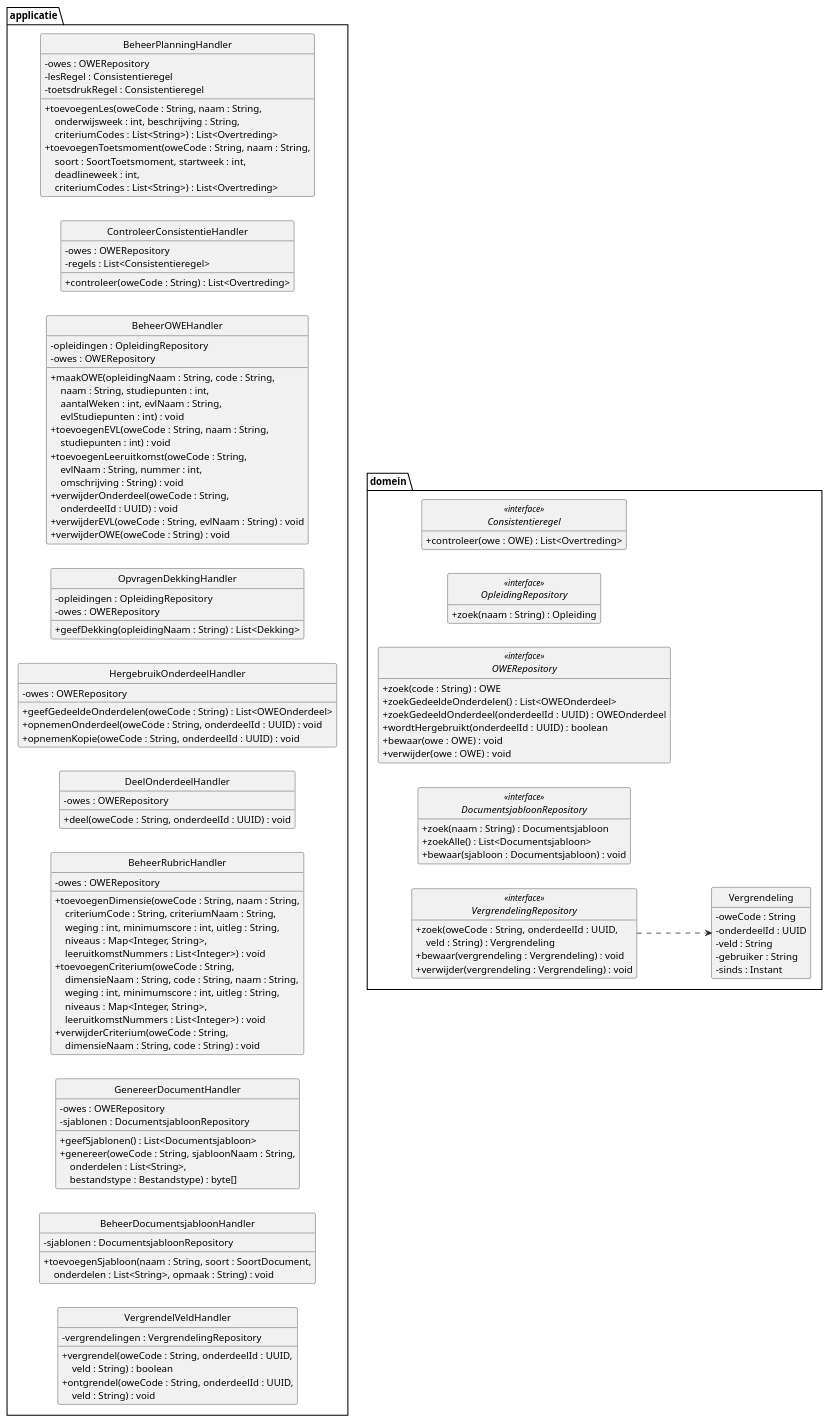
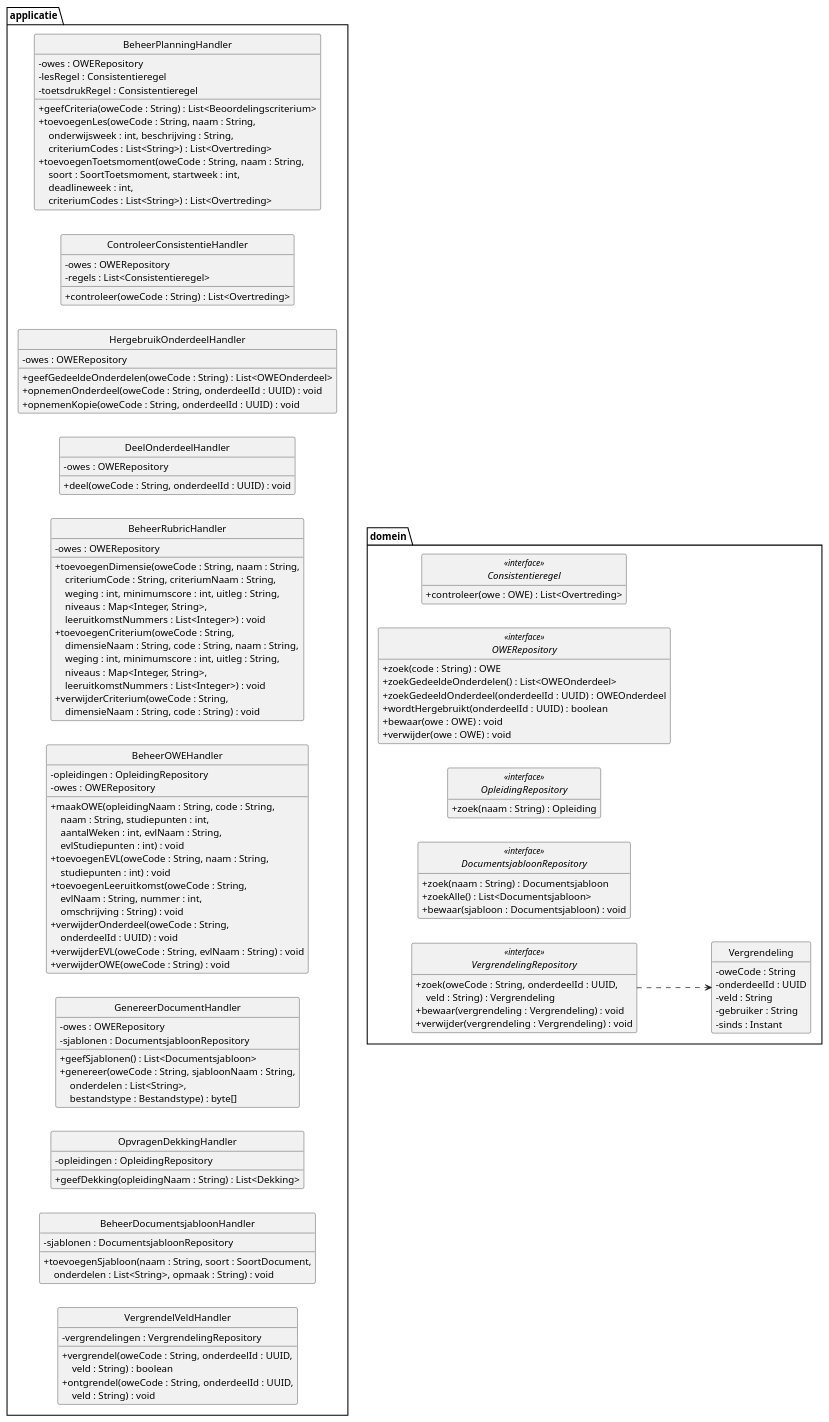
Before and after one commit to HAN-Craftsmanship-KL-JJG/casus: the diagram in docs/diagrams/klassendiagram-handlers.puml, drawn with PlantUML. The commit also changed 5 other files, not shown here.

First line of the commit message:
docs: fix gaps between sequence diagrams and use cases

```diff
--- a/docs/diagrams/klassendiagram-handlers.puml
+++ b/docs/diagrams/klassendiagram-handlers.puml
@@ -1,152 +1,151 @@
 @startuml klassendiagram-handlers
 ' Design class diagram van ICDE: use case controllers en repositories.
 ' Toelichting: docs/klassendiagram.md
 ' De domeinklassen staan volledig in klassendiagram-domein.puml.
 ' Verwijzingen naar repositories en regels staan als attribuut, niet als lijn (Larman 7.4).
 skinparam style strictuml
 skinparam shadowing false
 skinparam defaultFontName Helvetica
 skinparam classAttributeIconSize 0
 hide empty members
 left to right direction
 
 package applicatie {
   class BeheerOWEHandler {
     - opleidingen : OpleidingRepository
     - owes : OWERepository
     + maakOWE(opleidingNaam : String, code : String,\n    \
 naam : String, studiepunten : int,\n    \
 aantalWeken : int, evlNaam : String,\n    \
 evlStudiepunten : int) : void
     + toevoegenEVL(oweCode : String, naam : String,\n    \
 studiepunten : int) : void
     + toevoegenLeeruitkomst(oweCode : String,\n    \
 evlNaam : String, nummer : int,\n    \
 omschrijving : String) : void
     + verwijderOnderdeel(oweCode : String,\n    \
 onderdeelId : UUID) : void
     + verwijderEVL(oweCode : String, evlNaam : String) : void
     + verwijderOWE(oweCode : String) : void
   }
   class BeheerRubricHandler {
     - owes : OWERepository
     + toevoegenDimensie(oweCode : String, naam : String,\n    \
 criteriumCode : String, criteriumNaam : String,\n    \
 weging : int, minimumscore : int, uitleg : String,\n    \
 niveaus : Map<Integer, String>,\n    \
 leeruitkomstNummers : List<Integer>) : void
     + toevoegenCriterium(oweCode : String,\n    \
 dimensieNaam : String, code : String, naam : String,\n    \
 weging : int, minimumscore : int, uitleg : String,\n    \
 niveaus : Map<Integer, String>,\n    \
 leeruitkomstNummers : List<Integer>) : void
     + verwijderCriterium(oweCode : String,\n    \
 dimensieNaam : String, code : String) : void
   }
   class BeheerPlanningHandler {
     - owes : OWERepository
     - lesRegel : Consistentieregel
     - toetsdrukRegel : Consistentieregel
+    + geefCriteria(oweCode : String) : List<Beoordelingscriterium>
     + toevoegenLes(oweCode : String, naam : String,\n    \
 onderwijsweek : int, beschrijving : String,\n    \
 criteriumCodes : List<String>) : List<Overtreding>
     + toevoegenToetsmoment(oweCode : String, naam : String,\n    \
 soort : SoortToetsmoment, startweek : int,\n    \
 deadlineweek : int,\n    \
 criteriumCodes : List<String>) : List<Overtreding>
   }
   class ControleerConsistentieHandler {
     - owes : OWERepository
     - regels : List<Consistentieregel>
     + controleer(oweCode : String) : List<Overtreding>
   }
   class GenereerDocumentHandler {
     - owes : OWERepository
     - sjablonen : DocumentsjabloonRepository
     + geefSjablonen() : List<Documentsjabloon>
     + genereer(oweCode : String, sjabloonNaam : String,\n    \
 onderdelen : List<String>,\n    \
 bestandstype : Bestandstype) : byte[]
   }
   class HergebruikOnderdeelHandler {
     - owes : OWERepository
     + geefGedeeldeOnderdelen(oweCode : String) : List<OWEOnderdeel>
     + opnemenOnderdeel(oweCode : String, onderdeelId : UUID) : void
     + opnemenKopie(oweCode : String, onderdeelId : UUID) : void
   }
   class OpvragenDekkingHandler {
     - opleidingen : OpleidingRepository
-    - owes : OWERepository
     + geefDekking(opleidingNaam : String) : List<Dekking>
   }
   class DeelOnderdeelHandler {
     - owes : OWERepository
     + deel(oweCode : String, onderdeelId : UUID) : void
   }
   class BeheerDocumentsjabloonHandler {
     - sjablonen : DocumentsjabloonRepository
     + toevoegenSjabloon(naam : String, soort : SoortDocument,\n    \
 onderdelen : List<String>, opmaak : String) : void
   }
   class VergrendelVeldHandler {
     - vergrendelingen : VergrendelingRepository
     + vergrendel(oweCode : String, onderdeelId : UUID,\n    \
 veld : String) : boolean
     + ontgrendel(oweCode : String, onderdeelId : UUID,\n    \
 veld : String) : void
   }
 }
 
 package domein {
   interface OWERepository <<interface>> {
     + zoek(code : String) : OWE
     + zoekGedeeldeOnderdelen() : List<OWEOnderdeel>
     + zoekGedeeldOnderdeel(onderdeelId : UUID) : OWEOnderdeel
     + wordtHergebruikt(onderdeelId : UUID) : boolean
     + bewaar(owe : OWE) : void
     + verwijder(owe : OWE) : void
   }
   interface OpleidingRepository <<interface>> {
     + zoek(naam : String) : Opleiding
   }
   interface DocumentsjabloonRepository <<interface>> {
     + zoek(naam : String) : Documentsjabloon
     + zoekAlle() : List<Documentsjabloon>
     + bewaar(sjabloon : Documentsjabloon) : void
   }
   interface VergrendelingRepository <<interface>> {
     + zoek(oweCode : String, onderdeelId : UUID,\n    \
 veld : String) : Vergrendeling
     + bewaar(vergrendeling : Vergrendeling) : void
     + verwijder(vergrendeling : Vergrendeling) : void
   }
   class Vergrendeling {
     - oweCode : String
     - onderdeelId : UUID
     - veld : String
     - gebruiker : String
     - sinds : Instant
   }
   interface Consistentieregel <<interface>> {
     + controleer(owe : OWE) : List<Overtreding>
   }
 }
 
 ' Onzichtbare lijnen zetten elke handler naast zijn repositories.
 BeheerOWEHandler -[hidden]-> OpleidingRepository
 BeheerOWEHandler -[hidden]-> OWERepository
 BeheerRubricHandler -[hidden]-> OWERepository
 BeheerPlanningHandler -[hidden]-> OWERepository
 ControleerConsistentieHandler -[hidden]-> OWERepository
 ControleerConsistentieHandler -[hidden]-> Consistentieregel
 BeheerPlanningHandler -[hidden]-> Consistentieregel
 GenereerDocumentHandler -[hidden]-> OWERepository
 GenereerDocumentHandler -[hidden]-> DocumentsjabloonRepository
 HergebruikOnderdeelHandler -[hidden]-> OWERepository
 OpvragenDekkingHandler -[hidden]-> OpleidingRepository
-OpvragenDekkingHandler -[hidden]-> OWERepository
 DeelOnderdeelHandler -[hidden]-> OWERepository
 BeheerDocumentsjabloonHandler -[hidden]-> DocumentsjabloonRepository
 VergrendelVeldHandler -[hidden]-> VergrendelingRepository
 VergrendelingRepository ..> Vergrendeling
 @enduml
```
